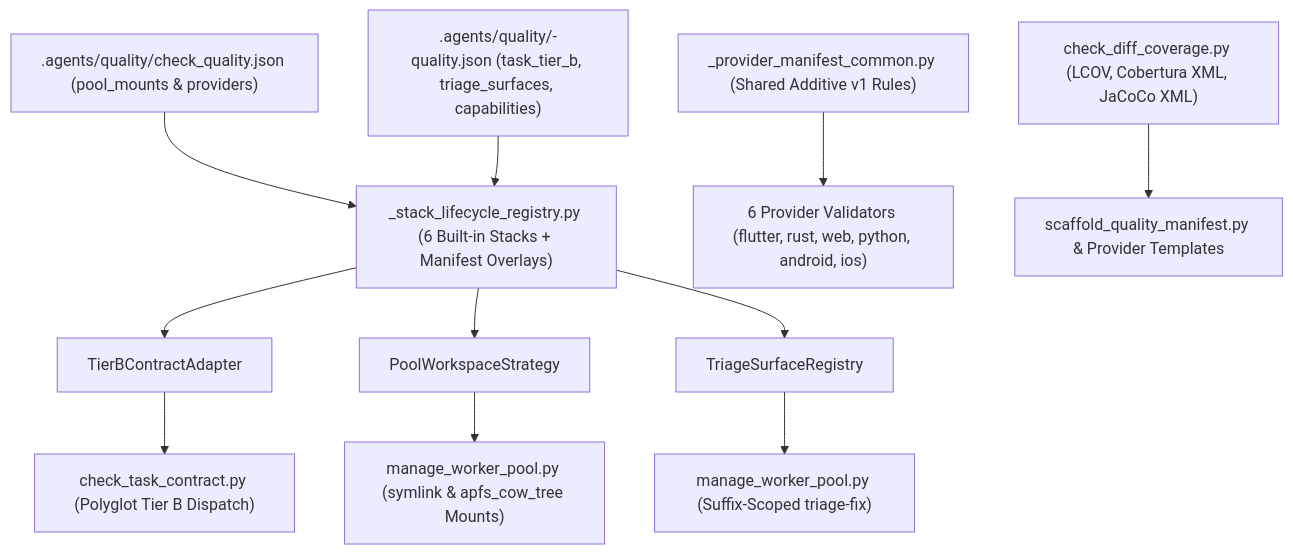
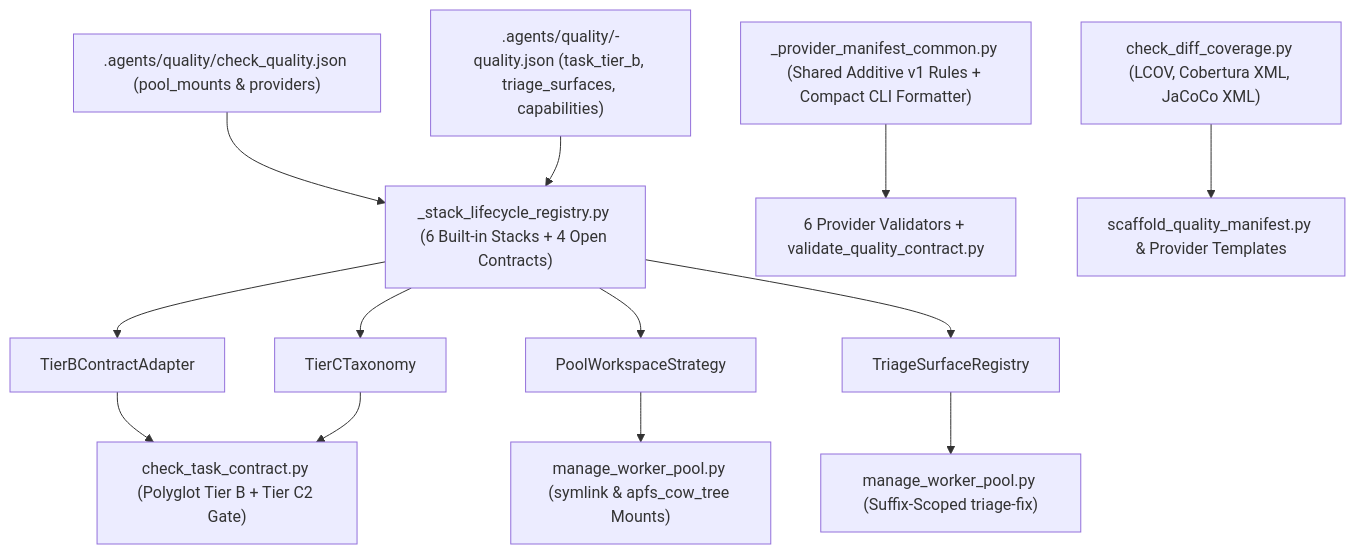
Before and after one commit to DanhDue/ai-agent-tools: the diagram in docs/superpowers/specs/2026-11-27-polyglot-lifecycle-and-quality-architecture-design.md, drawn with Mermaid. The commit also changed other lines of this file, not shown here.

First line of the commit message:
[POLYGLOT_LIFECYCLE_AND_QUALITY_ARCHITECTURE] Reconcile Gate 1 spec with handoff blueprint

````diff
--- a/docs/superpowers/specs/2026-11-27-polyglot-lifecycle-and-quality-architecture-design.md
+++ b/docs/superpowers/specs/2026-11-27-polyglot-lifecycle-and-quality-architecture-design.md
@@ -47,16 +50,18 @@
 ```mermaid
 flowchart TD
-    CQ[".agents/quality/check_quality.json (pool_mounts & providers)"] --> REG["_stack_lifecycle_registry.py (6 Built-in Stacks + Manifest Overlays)"]
+    CQ[".agents/quality/check_quality.json (pool_mounts & providers)"] --> REG["_stack_lifecycle_registry.py (6 Built-in Stacks + 4 Open Contracts)"]
     PM[".agents/quality/<stack>-quality.json (task_tier_b, triage_surfaces, capabilities)"] --> REG
 
     REG --> TIERB["TierBContractAdapter"]
+    REG --> TIERC["TierCTaxonomy"]
     REG --> POOL["PoolWorkspaceStrategy"]
     REG --> TRIAGE["TriageSurfaceRegistry"]
 
-    TIERB --> CTC["check_task_contract.py (Polyglot Tier B Dispatch)"]
+    TIERB --> CTC["check_task_contract.py (Polyglot Tier B + Tier C2 Gate)"]
+    TIERC --> CTC
     POOL --> MWP1["manage_worker_pool.py (symlink & apfs_cow_tree Mounts)"]
     TRIAGE --> MWP2["manage_worker_pool.py (Suffix-Scoped triage-fix)"]
 
-    COMMON["_provider_manifest_common.py (Shared Additive v1 Rules)"] --> VALS["6 Provider Validators (flutter, rust, web, python, android, ios)"]
+    COMMON["_provider_manifest_common.py (Shared Additive v1 Rules + Compact CLI Formatter)"] --> VALS["6 Provider Validators + validate_quality_contract.py"]
     DIFFCOV["check_diff_coverage.py (LCOV, Cobertura XML, JaCoCo XML)"] --> SCAFF["scaffold_quality_manifest.py & Provider Templates"]
 ```
````
